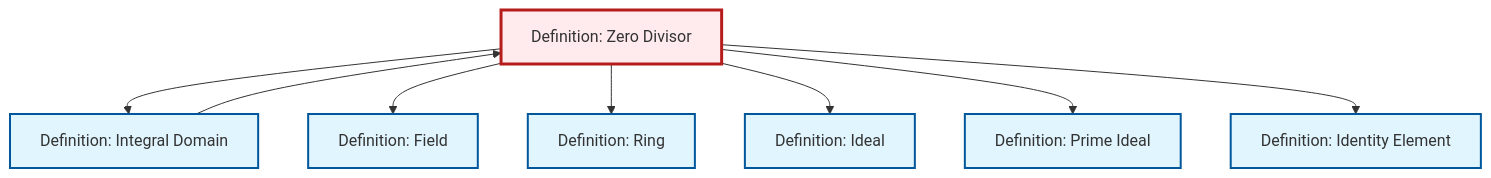
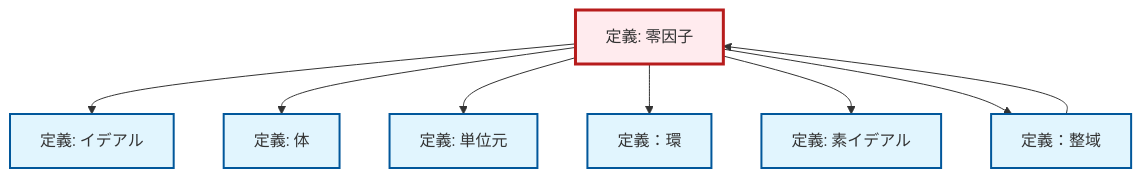
Before and after one commit to RK0429/ModernMath: the diagram in content/ja/algebra/def-zero-divisor.qmd, drawn with Mermaid. The commit also changed 1069 other files, not shown here.

````diff
--- a/content/ja/algebra/def-zero-divisor.qmd
+++ b/content/ja/algebra/def-zero-divisor.qmd
@@ -121,30 +121,30 @@
 ```{mermaid}
 %%| fig-cap: "Local dependency graph"
 graph TD
     classDef definition fill:#e1f5fe,stroke:#01579b,stroke-width:2px
     classDef theorem fill:#f3e5f5,stroke:#4a148c,stroke-width:2px
     classDef axiom fill:#fff3e0,stroke:#e65100,stroke-width:2px
     classDef example fill:#e8f5e9,stroke:#1b5e20,stroke-width:2px
     classDef current fill:#ffebee,stroke:#b71c1c,stroke-width:3px
-    def-field["Definition: Field"]:::definition
-    def-prime-ideal["Definition: Prime Ideal"]:::definition
-    def-ring["Definition: Ring"]:::definition
-    def-ideal["Definition: Ideal"]:::definition
-    def-zero-divisor["Definition: Zero Divisor"]:::definition
-    def-integral-domain["Definition: Integral Domain"]:::definition
-    def-identity-element["Definition: Identity Element"]:::definition
-    def-zero-divisor --> def-integral-domain
+    def-zero-divisor["定義: 零因子"]:::definition
+    def-prime-ideal["定義: 素イデアル"]:::definition
+    def-ideal["定義: イデアル"]:::definition
+    def-field["定義: 体"]:::definition
+    def-integral-domain["定義：整域"]:::definition
+    def-ring["定義：環"]:::definition
+    def-identity-element["定義: 単位元"]:::definition
+    def-zero-divisor --> def-ideal
     def-zero-divisor --> def-field
     def-integral-domain --> def-zero-divisor
+    def-zero-divisor --> def-identity-element
     def-zero-divisor --> def-ring
-    def-zero-divisor --> def-ideal
     def-zero-divisor --> def-prime-ideal
-    def-zero-divisor --> def-identity-element
+    def-zero-divisor --> def-integral-domain
     class def-zero-divisor current
-    click def-field "def-field.html" "Definition: Fieldへ"
-    click def-prime-ideal "def-prime-ideal.html" "Definition: Prime Idealへ"
-    click def-ring "def-ring.html" "Definition: Ringへ"
-    click def-ideal "def-ideal.html" "Definition: Idealへ"
-    click def-integral-domain "def-integral-domain.html" "Definition: Integral Domainへ"
-    click def-identity-element "def-identity-element.html" "Definition: Identity Elementへ"
+    click def-prime-ideal "def-prime-ideal.html" "素イデアルの定義へ"
+    click def-ideal "def-ideal.html" "イデアルの定義へ"
+    click def-field "def-field.html" "体の定義へ"
+    click def-integral-domain "def-integral-domain.html" "定義：整域へ"
+    click def-ring "def-ring.html" "定義：環へ"
+    click def-identity-element "def-identity-element.html" "単位元の定義へ"
 ```
````
